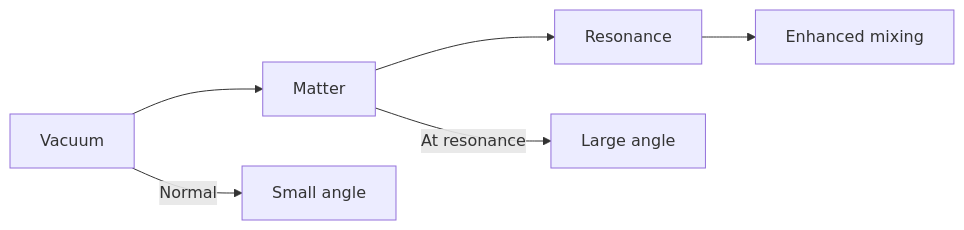
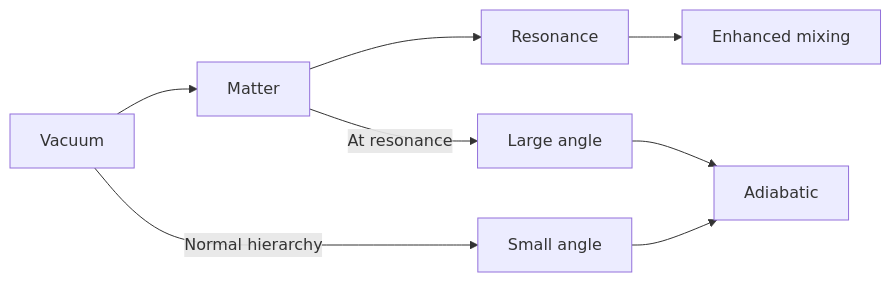
One commit to yip-lgtm/PhysicsSelfStudy changed the third of 5 diagrams in 03_MSc_Physics/electives/MSPY_6710_Neutrino_Physics/README.md. Above: the diagram before and after it, drawn with Mermaid. The commit also changed other lines of this file and 17 other files, not shown here.

````diff
--- a/03_MSc_Physics/electives/MSPY_6710_Neutrino_Physics/README.md
+++ b/03_MSc_Physics/electives/MSPY_6710_Neutrino_Physics/README.md
@@ -297,8 +466,10 @@
 ```mermaid
 graph LR
     A[Vacuum] --> B[Matter]
     B --> C[Resonance]
     C --> D[Enhanced mixing]
-    A -->|Normal| E[Small angle]
+    A -->|Normal hierarchy| E[Small angle]
     B -->|At resonance| F[Large angle]
+    E --> G[Adiabatic]
+    F --> G
 ```
````
